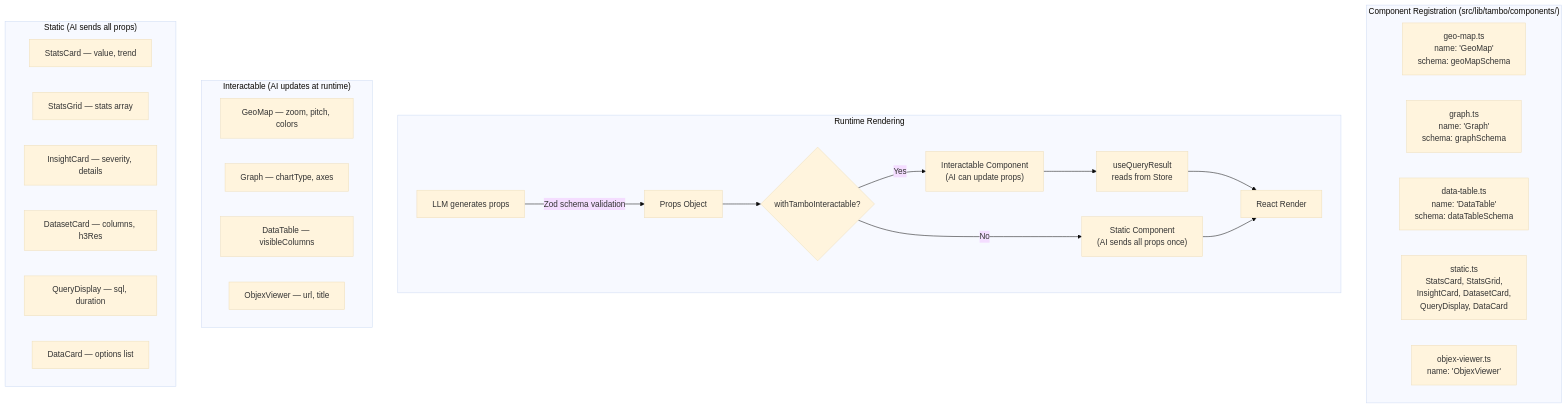
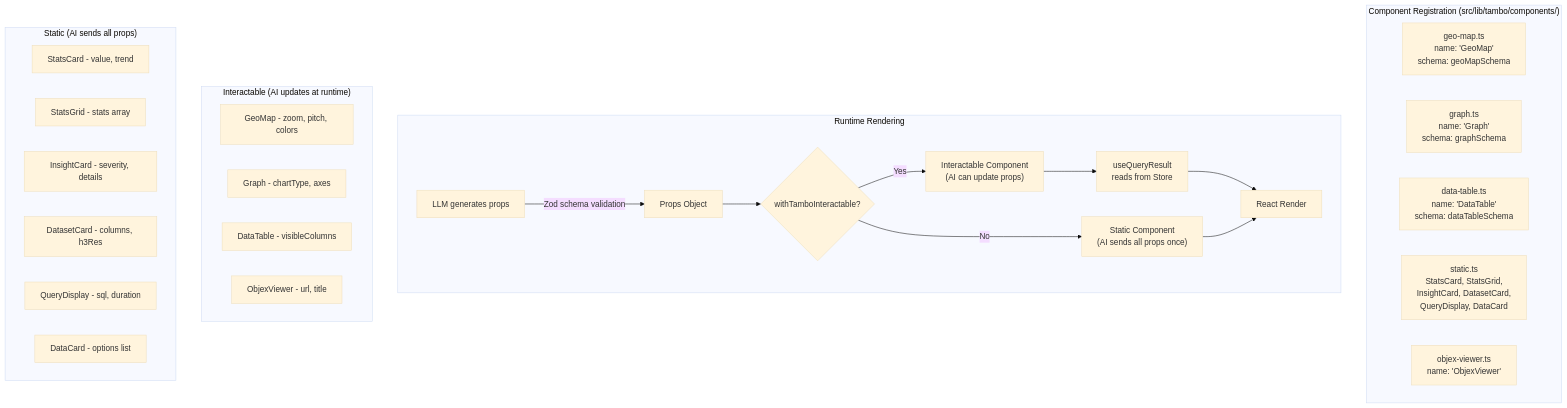
Before and after one commit to walkthru-earth/ai: the eighth of 30 diagrams in ARCHITECTURE.md, drawn with Mermaid (base theme). The commit also changed other lines of this file and 69 other files, not shown here.

````diff
--- a/ARCHITECTURE.md
+++ b/ARCHITECTURE.md
@@ -363,38 +363,38 @@
 ```mermaid
 flowchart TB
     subgraph Registration["Component Registration (src/lib/tambo/components/)"]
         GeoMapReg["geo-map.ts<br/>name: 'GeoMap'<br/>schema: geoMapSchema"]
         GraphReg["graph.ts<br/>name: 'Graph'<br/>schema: graphSchema"]
         TableReg["data-table.ts<br/>name: 'DataTable'<br/>schema: dataTableSchema"]
         StaticReg["static.ts<br/>StatsCard, StatsGrid,<br/>InsightCard, DatasetCard,<br/>QueryDisplay, DataCard"]
         ObjexReg["objex-viewer.ts<br/>name: 'ObjexViewer'"]
     end
 
     subgraph Runtime["Runtime Rendering"]
         AI[LLM generates props] -->|"Zod schema validation"| Props[Props Object]
         Props --> WTI{withTamboInteractable?}
         WTI -->|Yes| Interactable["Interactable Component<br/>(AI can update props)"]
         WTI -->|No| Static["Static Component<br/>(AI sends all props once)"]
 
         Interactable --> QR[useQueryResult<br/>reads from Store]
         QR --> Render[React Render]
 
         Static --> Render
     end
 
     subgraph Interactable_Components["Interactable (AI updates at runtime)"]
-        I_Map[GeoMap — zoom, pitch, colors]
-        I_Graph[Graph — chartType, axes]
-        I_Table[DataTable — visibleColumns]
-        I_Objex[ObjexViewer — url, title]
+        I_Map[GeoMap - zoom, pitch, colors]
+        I_Graph[Graph - chartType, axes]
+        I_Table[DataTable - visibleColumns]
+        I_Objex[ObjexViewer - url, title]
     end
 
     subgraph Static_Components["Static (AI sends all props)"]
-        S_Stats[StatsCard — value, trend]
-        S_Grid[StatsGrid — stats array]
-        S_Insight[InsightCard — severity, details]
-        S_Dataset[DatasetCard — columns, h3Res]
-        S_Query[QueryDisplay — sql, duration]
-        S_Data[DataCard — options list]
+        S_Stats[StatsCard - value, trend]
+        S_Grid[StatsGrid - stats array]
+        S_Insight[InsightCard - severity, details]
+        S_Dataset[DatasetCard - columns, h3Res]
+        S_Query[QueryDisplay - sql, duration]
+        S_Data[DataCard - options list]
     end
 ```
````
